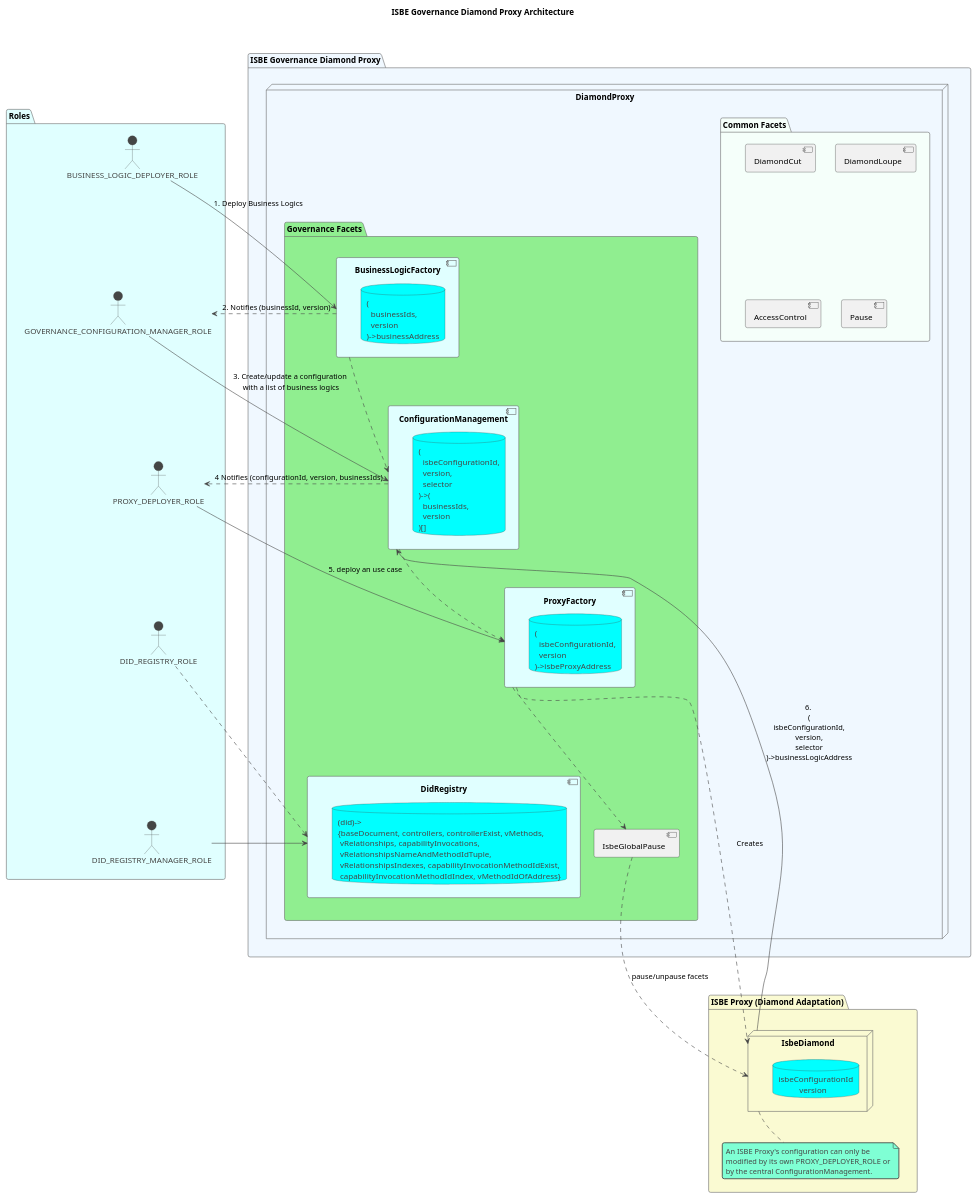
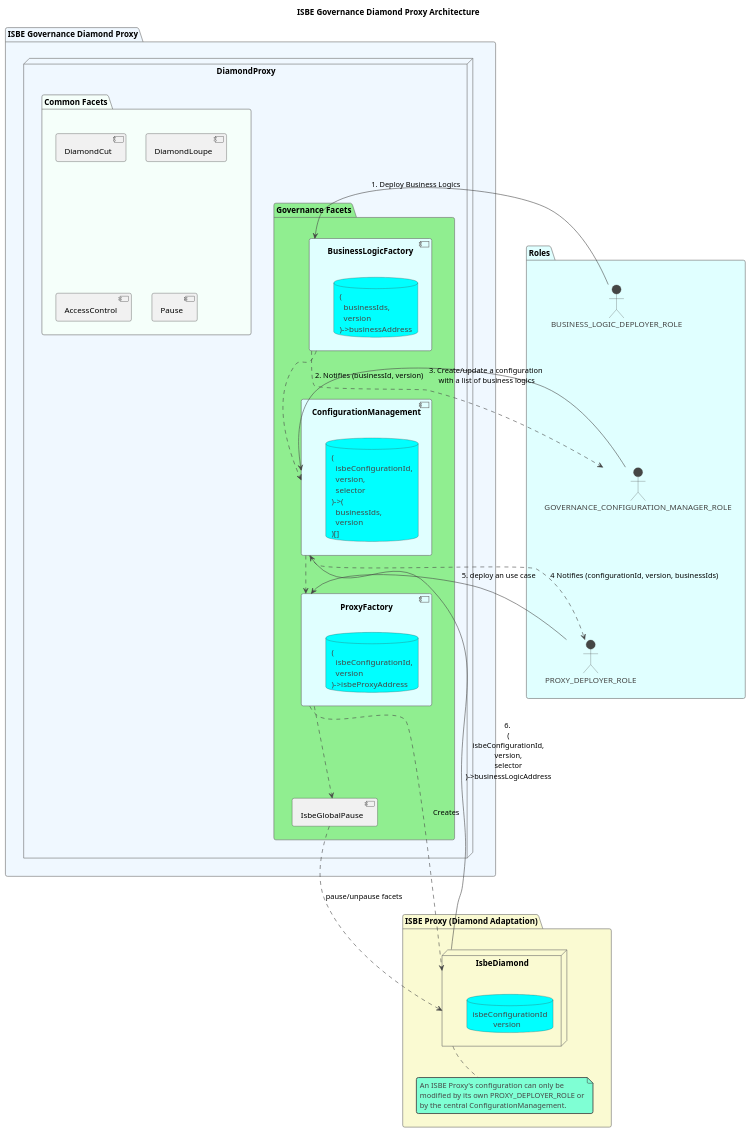
The diagram in docs/diagrams/ISBE_Governance_Diamond_Proxy_Architecture.puml (red-isbe/isbe-contracts), drawn with PlantUML before and after one commit. The commit also changed 6 other files, not shown here.

Commit message:
Simplify governance documentation by removing redundant role definitions and outdated content. Update diagrams for better clarity.

```diff
--- a/docs/diagrams/ISBE_Governance_Diamond_Proxy_Architecture.puml
+++ b/docs/diagrams/ISBE_Governance_Diamond_Proxy_Architecture.puml
@@ -1,81 +1,69 @@
 @startuml
 !theme vibrant
 
 title ISBE Governance Diamond Proxy Architecture
 
 package Roles #LightCyan {
     actor BUSINESS_LOGIC_DEPLOYER_ROLE
     actor GOVERNANCE_CONFIGURATION_MANAGER_ROLE
     actor PROXY_DEPLOYER_ROLE
-    actor DID_REGISTRY_ROLE
-    actor DID_REGISTRY_MANAGER_ROLE
     BUSINESS_LOGIC_DEPLOYER_ROLE -[hidden]- GOVERNANCE_CONFIGURATION_MANAGER_ROLE
     GOVERNANCE_CONFIGURATION_MANAGER_ROLE -[hidden]- PROXY_DEPLOYER_ROLE
-    PROXY_DEPLOYER_ROLE -[hidden]- DID_REGISTRY_ROLE
-    DID_REGISTRY_ROLE -[hidden]- DID_REGISTRY_MANAGER_ROLE
 }
 package "ISBE Governance Diamond Proxy" #AliceBlue {
   node DiamondProxy as DP {
     package "Common Facets" #MintCream {
       [DiamondCut]
       [DiamondLoupe]
       [AccessControl]
       [Pause]
     }
 
     package "Governance Facets" #LightGreen {
       component "BusinessLogicFactory" #LightCyan {
         database "(\n  businessIds,\n  version\n)->businessAddress"
       }
       component "ProxyFactory" #LightCyan {
         database "(\n  isbeConfigurationId,\n  version\n)->isbeProxyAddress"
       }
       [IsbeGlobalPause]
       component "ConfigurationManagement" #LightCyan {
         database "(\n  isbeConfigurationId,\n  version,\n  selector\n)->(\n  businessIds,\n  version\n)[]"
       }
-      [DidRegistry]
-      component "DidRegistry" #LightCyan {
-        database "(did)->\n{baseDocument, controllers, controllerExist, vMethods,\n vRelationships, capabilityInvocations,\n vRelationshipsNameAndMethodIdTuple,\n vRelationshipsIndexes, capabilityInvocationMethodIdExist,\n capabilityInvocationMethodIdIndex, vMethodIdOfAddress}"
-      }
     }
     "Common Facets" -[hidden]- "Governance Facets"
-    [DidRegistry] -l[hidden]- [IsbeGlobalPause]
   }
 }
 Roles -[hidden]- "ISBE Governance Diamond Proxy"
 package "ISBE Proxy (Diamond Adaptation)" #LightGoldenRodYellow {
   node IsbeDiamond {
     database "isbeConfigurationId\n          version"
   }
   note bottom of IsbeDiamond
     An ISBE Proxy's configuration can only be
     modified by its own PROXY_DEPLOYER_ROLE or
     by the central ConfigurationManagement.
   end note
 }
 
 ' --- Storage & Data Flow between Facets ---
 [BusinessLogicFactory] ..> [ConfigurationManagement]
 [ConfigurationManagement] ..> [ProxyFactory]
 [ProxyFactory] ..> [IsbeGlobalPause]
 
 
 ' --- Governance to ISBE Proxy Interactions ---
 [ProxyFactory] ..> IsbeDiamond : Creates
 
 ' --- Automatic Update Flow ---
 BUSINESS_LOGIC_DEPLOYER_ROLE -> [BusinessLogicFactory] : 1. Deploy Business Logics
 [BusinessLogicFactory] ..> GOVERNANCE_CONFIGURATION_MANAGER_ROLE : 2. Notifies (businessId, version)
 GOVERNANCE_CONFIGURATION_MANAGER_ROLE -> [ConfigurationManagement] : 3. Create/update a configuration \nwith a list of business logics
 [ConfigurationManagement] ..> [PROXY_DEPLOYER_ROLE] : 4 Notifies (configurationId, version, businessIds)
 PROXY_DEPLOYER_ROLE -> [ProxyFactory] : 5. deploy an use case
 IsbeDiamond -l-> [ConfigurationManagement] : 6. \n(\nisbeConfigurationId,\nversion,\nselector\n)->businessLogicAddress
 [IsbeGlobalPause] .d.> IsbeDiamond : pause/unpause facets
 
-DID_REGISTRY_ROLE .-> [DidRegistry]
-DID_REGISTRY_MANAGER_ROLE --> [DidRegistry]
-
 "ISBE Proxy (Diamond Adaptation)" -l[hidden]- "ISBE Governance Diamond Proxy"
 
 @enduml
```
